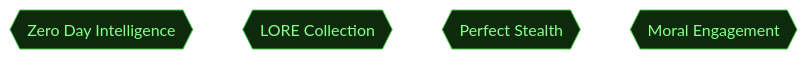
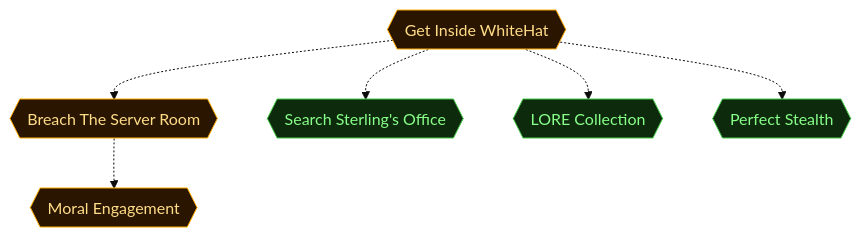
The second of 5 diagrams in scenarios/m03_ghost_in_the_machine/dungeon_graph.md (cliffe/BreakEscapeGame), drawn with Mermaid (base theme) before and after one commit. The commit also changed other lines of this file and 20 other files, not shown here.

````diff
--- a/scenarios/m03_ghost_in_the_machine/dungeon_graph.md
+++ b/scenarios/m03_ghost_in_the_machine/dungeon_graph.md
@@ -134,26 +136,34 @@
 ```mermaid
 flowchart TD
 
   classDef room      fill:#0f2d2d,stroke:#22ddcc,color:#a0ffee
   classDef lock      fill:#2d0f0f,stroke:#e66060,color:#ffa0a0
   classDef key       fill:#2d0812,stroke:#e66060,color:#ffa0a0
   classDef item      fill:#2d1200,stroke:#e89030,color:#ffcc80
   classDef gate      fill:#111,stroke:#666,color:#eee
   classDef vm        fill:#0c1f40,stroke:#4a90d9,color:#a0c8ff
   classDef flag      fill:#1a0c2d,stroke:#9060d0,color:#cc99ff
   classDef action    fill:#1a1200,stroke:#cc9922,color:#ffee88
   classDef aim       fill:#0d2a0d,stroke:#44cc44,color:#88ff88
   classDef aim_gate  fill:#111111,stroke:#44cc44,color:#44cc44
   classDef container fill:#1a2d1a,stroke:#60b060,color:#a0e0a0
   classDef npc       fill:#2d1f0d,stroke:#d0a050,color:#ffe0a0
   classDef critical  fill:#2a1500,stroke:#ffaa00,color:#ffdd88
   classDef start     fill:#003322,stroke:#00ffaa,color:#00ffaa
 
-  aim_main_mission{{"Zero Day Intelligence"}}
+  aim_act1_gain_access{{"Get Inside WhiteHat"}}
+  aim_act2_breach_server_room{{"Breach The Server Room"}}
+  aim_search_executive_office{{"Search Sterling's Office"}}
   aim_collect_lore{{"LORE Collection"}}
   aim_perfect_stealth{{"Perfect Stealth"}}
   aim_moral_choices{{"Moral Engagement"}}
 
+  aim_act1_gain_access -.-> aim_act2_breach_server_room
+  aim_act1_gain_access -.-> aim_search_executive_office
+  aim_act1_gain_access -.-> aim_collect_lore
+  aim_act1_gain_access -.-> aim_perfect_stealth
+  aim_act2_breach_server_room -.-> aim_moral_choices
 
-  class aim_main_mission,aim_collect_lore,aim_perfect_stealth,aim_moral_choices aim
+  class aim_act1_gain_access,aim_act2_breach_server_room,aim_moral_choices critical
+  class aim_search_executive_office,aim_collect_lore,aim_perfect_stealth aim
 ```
````
